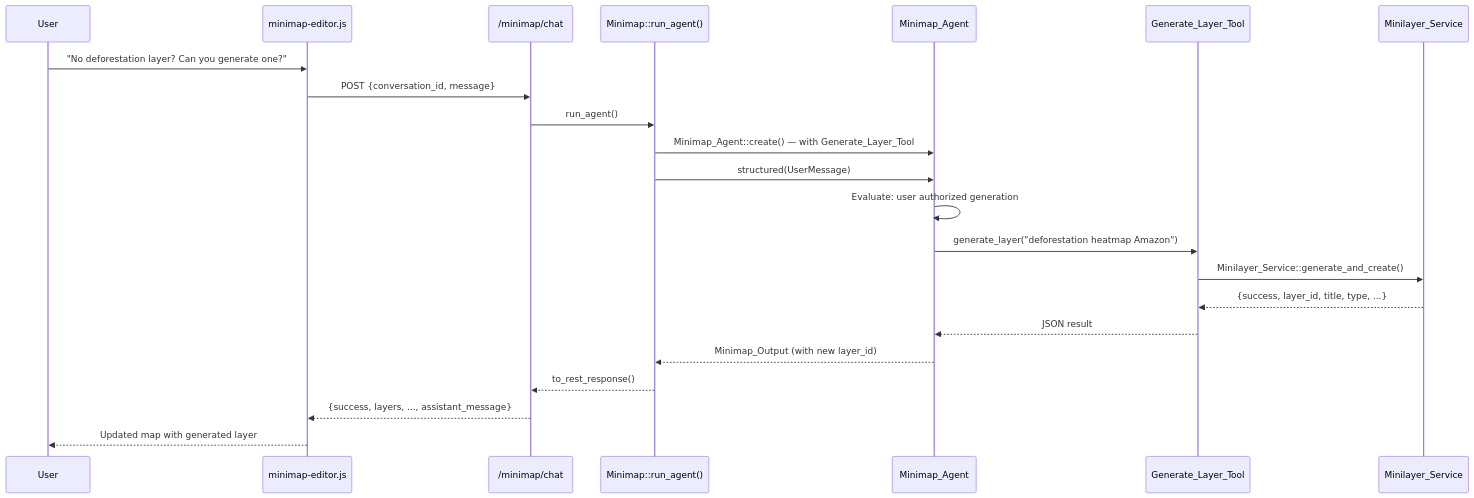
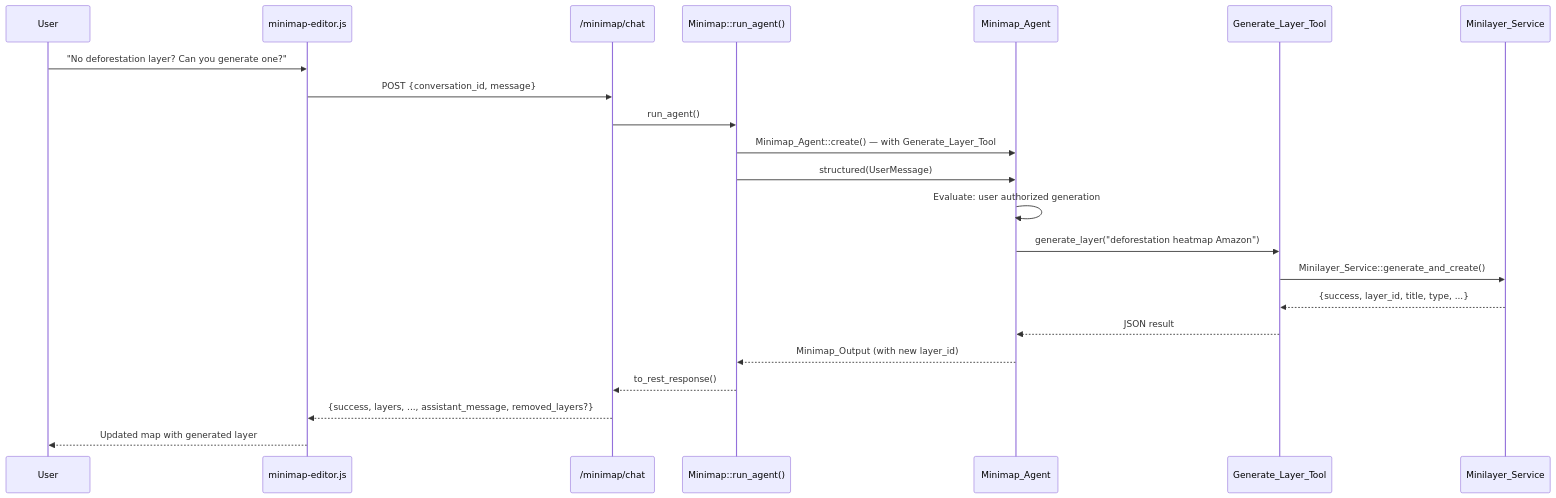
One commit to InfoAmazonia/jeo-plugin changed the third of 7 diagrams in .architecture/minimap/README.md. Above: the diagram before and after it, drawn with Mermaid. The commit also changed other lines of this file and 12 other files, not shown here.

````diff
--- a/.architecture/minimap/README.md
+++ b/.architecture/minimap/README.md
@@ -159,25 +159,25 @@
 ```mermaid
 sequenceDiagram
     participant U as User
     participant E as minimap-editor.js
     participant R as /minimap/chat
     participant M as Minimap::run_agent()
     participant A as Minimap_Agent
     participant GL as Generate_Layer_Tool
     participant S as Minilayer_Service
 
     U->>E: "No deforestation layer? Can you generate one?"
     E->>R: POST {conversation_id, message}
     R->>M: run_agent()
     M->>A: Minimap_Agent::create() — with Generate_Layer_Tool
     M->>A: structured(UserMessage)
     A->>A: Evaluate: user authorized generation
     A->>GL: generate_layer("deforestation heatmap Amazon")
     GL->>S: Minilayer_Service::generate_and_create()
     S-->>GL: {success, layer_id, title, type, ...}
     GL-->>A: JSON result
     A-->>M: Minimap_Output (with new layer_id)
     M-->>R: to_rest_response()
-    R-->>E: {success, layers, ..., assistant_message}
+    R-->>E: {success, layers, ..., assistant_message, removed_layers?}
     E-->>U: Updated map with generated layer
 ```
````
